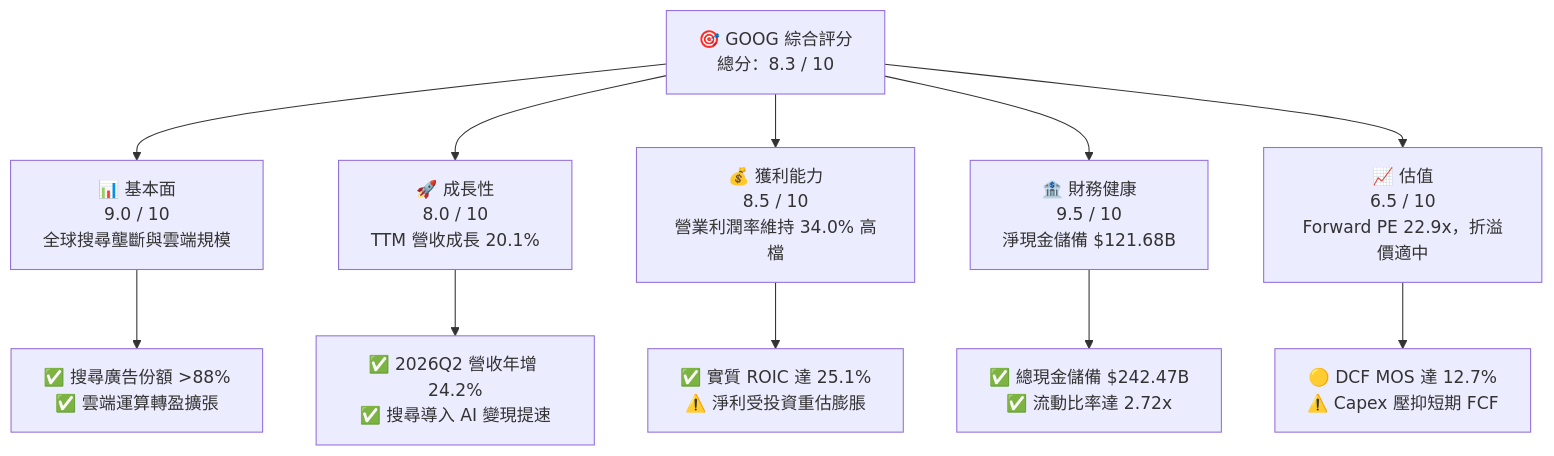
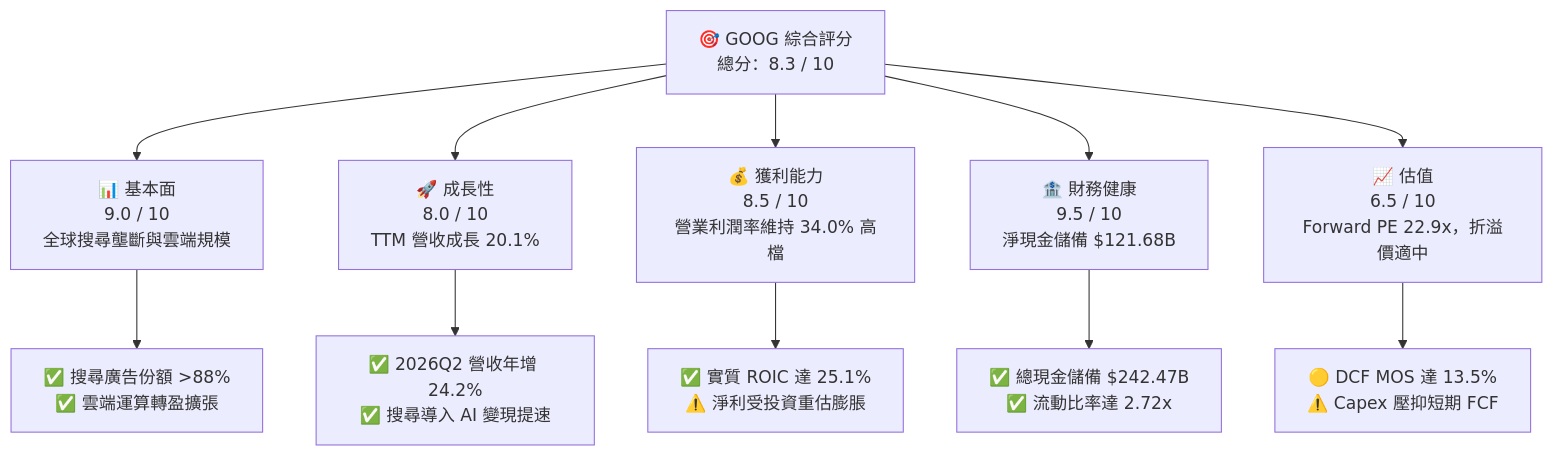
One commit to yennanliu/finance_data changed the first of 15 diagrams in ai_gen_report/fundamental/goog/fundamental_analysis_2026-10-13_gemini-2.md. Above: the diagram before and after it, drawn with Mermaid. The commit also changed other lines of this file and 339 other files, not shown here.

````diff
--- a/ai_gen_report/fundamental/goog/fundamental_analysis_2026-10-13_gemini-2.md
+++ b/ai_gen_report/fundamental/goog/fundamental_analysis_2026-10-13_gemini-2.md
@@ -65,22 +72,22 @@
 ```mermaid
 graph TD
     TICKER["🎯 GOOG 綜合評分<br/>總分：8.3 / 10"]
 
     F["📊 基本面<br/>9.0 / 10<br/>全球搜尋壟斷與雲端規模"]
     G["🚀 成長性<br/>8.0 / 10<br/>TTM 營收成長 20.1%"]
     P["💰 獲利能力<br/>8.5 / 10<br/>營業利潤率維持 34.0% 高檔"]
     B["🏦 財務健康<br/>9.5 / 10<br/>淨現金儲備 $121.68B"]
     V["📈 估值<br/>6.5 / 10<br/>Forward PE 22.9x，折溢價適中"]
 
     TICKER --> F
     TICKER --> G
     TICKER --> P
     TICKER --> B
     TICKER --> V
 
     F --> F1["✅ 搜尋廣告份額 >88%<br/>✅ 雲端運算轉盈擴張"]
     G --> G1["✅ 2026Q2 營收年增 24.2%<br/>✅ 搜尋導入 AI 變現提速"]
     P --> P1["✅ 實質 ROIC 達 25.1%<br/>⚠️ 淨利受投資重估膨脹"]
     B --> B1["✅ 總現金儲備 $242.47B<br/>✅ 流動比率達 2.72x"]
-    V --> V1["🟡 DCF MOS 達 12.7%<br/>⚠️ Capex 壓抑短期 FCF"]
+    V --> V1["🟡 DCF MOS 達 13.5%<br/>⚠️ Capex 壓抑短期 FCF"]
 ```
````
